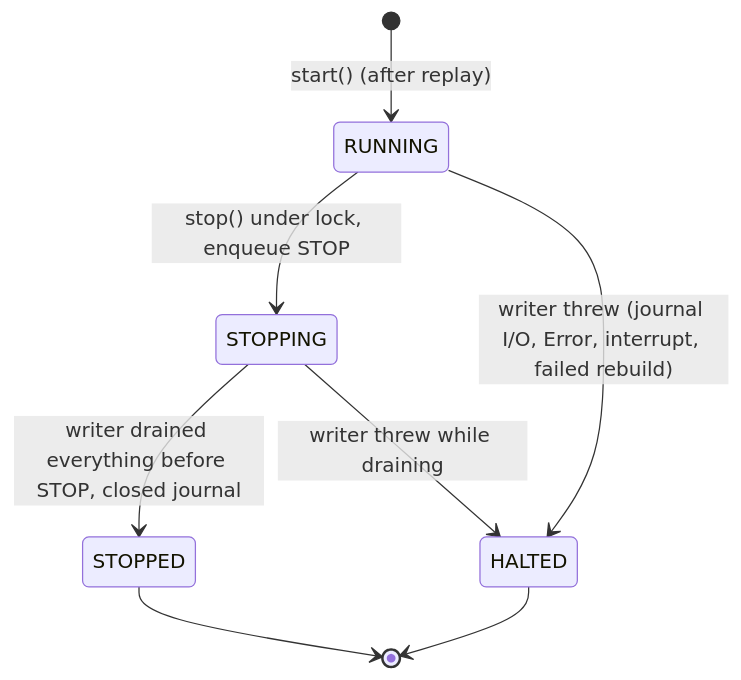
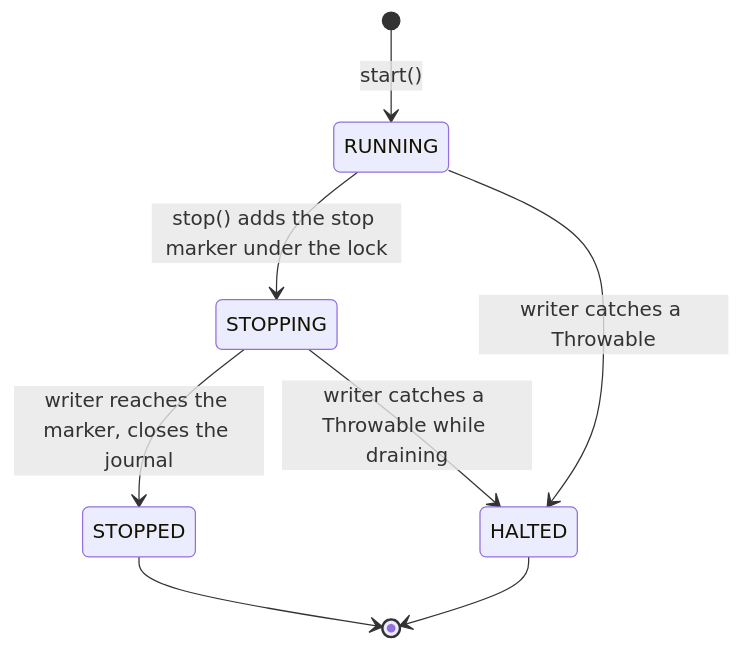
Before and after one commit to SampannaNampalli/ExchangeSystem: the second of 2 diagrams in docs/understanding/07-modules/exchange-service.md, drawn with Mermaid. The commit also changed other lines of this file and 30 other files, not shown here.

````diff
--- a/docs/understanding/07-modules/exchange-service.md
+++ b/docs/understanding/07-modules/exchange-service.md
@@ -361,10 +228,10 @@
 ```mermaid
 stateDiagram-v2
-    [*] --> RUNNING: start() (after replay)
-    RUNNING --> STOPPING: stop() under lock, enqueue STOP
-    STOPPING --> STOPPED: writer drained everything before STOP, closed journal
-    RUNNING --> HALTED: writer threw (journal I/O, Error, interrupt, failed rebuild)
-    STOPPING --> HALTED: writer threw while draining
+    [*] --> RUNNING: start()
+    RUNNING --> STOPPING: stop() adds the stop marker under the lock
+    STOPPING --> STOPPED: writer reaches the marker, closes the journal
+    RUNNING --> HALTED: writer catches a Throwable
+    STOPPING --> HALTED: writer catches a Throwable while draining
     STOPPED --> [*]
     HALTED --> [*]
 ```
````
